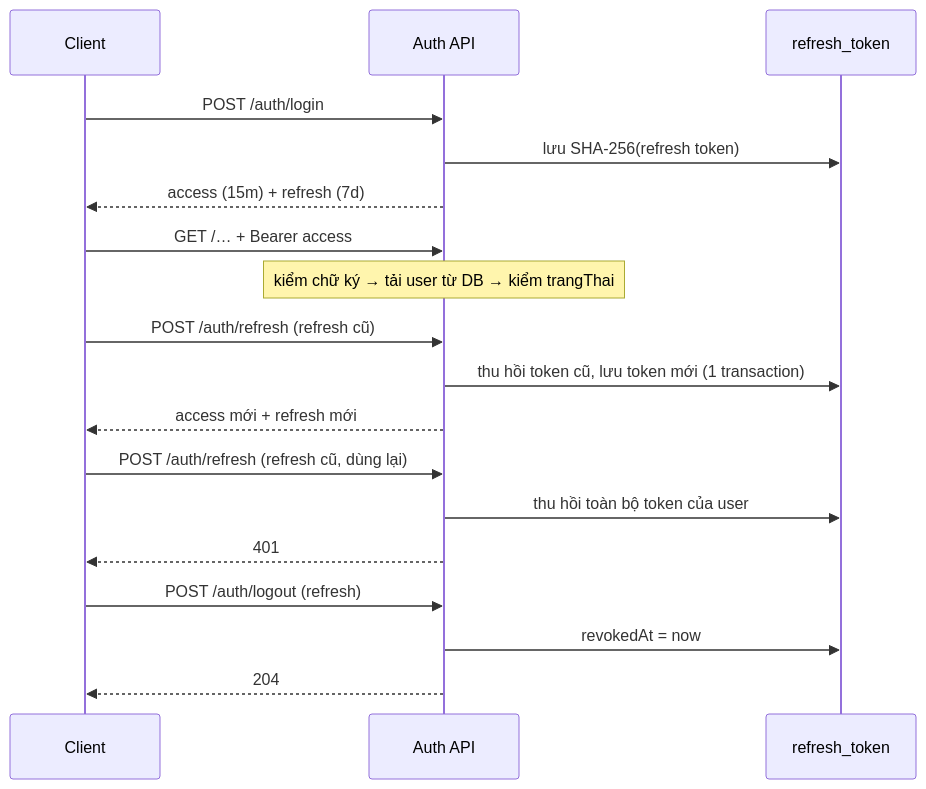
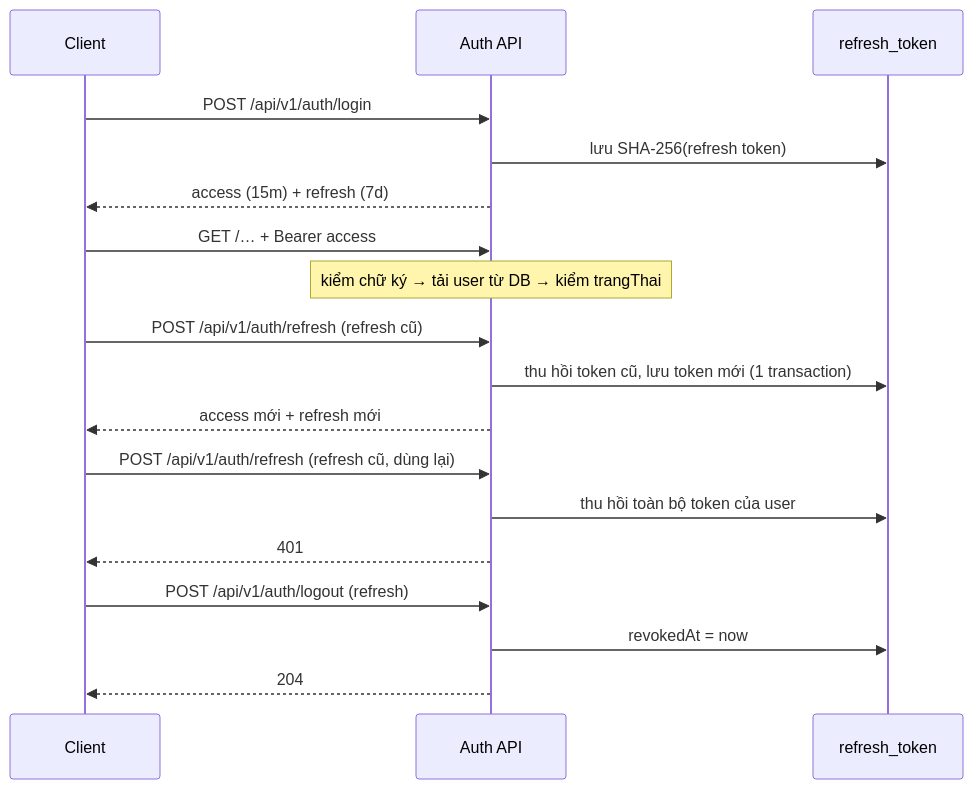
The diagram in docs/auth/README.md (tuan60847/thien-tam-wms_backend), drawn with Mermaid before and after one commit. The commit also changed other lines of this file and 66 other files, not shown here.

````diff
--- a/docs/auth/README.md
+++ b/docs/auth/README.md
@@ -106,21 +108,21 @@
 ```mermaid
 sequenceDiagram
     participant C as Client
     participant A as Auth API
     participant DB as refresh_token
 
-    C->>A: POST /auth/login
+    C->>A: POST /api/v1/auth/login
     A->>DB: lưu SHA-256(refresh token)
     A-->>C: access (15m) + refresh (7d)
     C->>A: GET /… + Bearer access
     Note over A: kiểm chữ ký → tải user từ DB → kiểm trangThai
-    C->>A: POST /auth/refresh (refresh cũ)
+    C->>A: POST /api/v1/auth/refresh (refresh cũ)
     A->>DB: thu hồi token cũ, lưu token mới (1 transaction)
     A-->>C: access mới + refresh mới
-    C->>A: POST /auth/refresh (refresh cũ, dùng lại)
+    C->>A: POST /api/v1/auth/refresh (refresh cũ, dùng lại)
     A->>DB: thu hồi toàn bộ token của user
     A-->>C: 401
-    C->>A: POST /auth/logout (refresh)
+    C->>A: POST /api/v1/auth/logout (refresh)
     A->>DB: revokedAt = now
     A-->>C: 204
 ```
````
